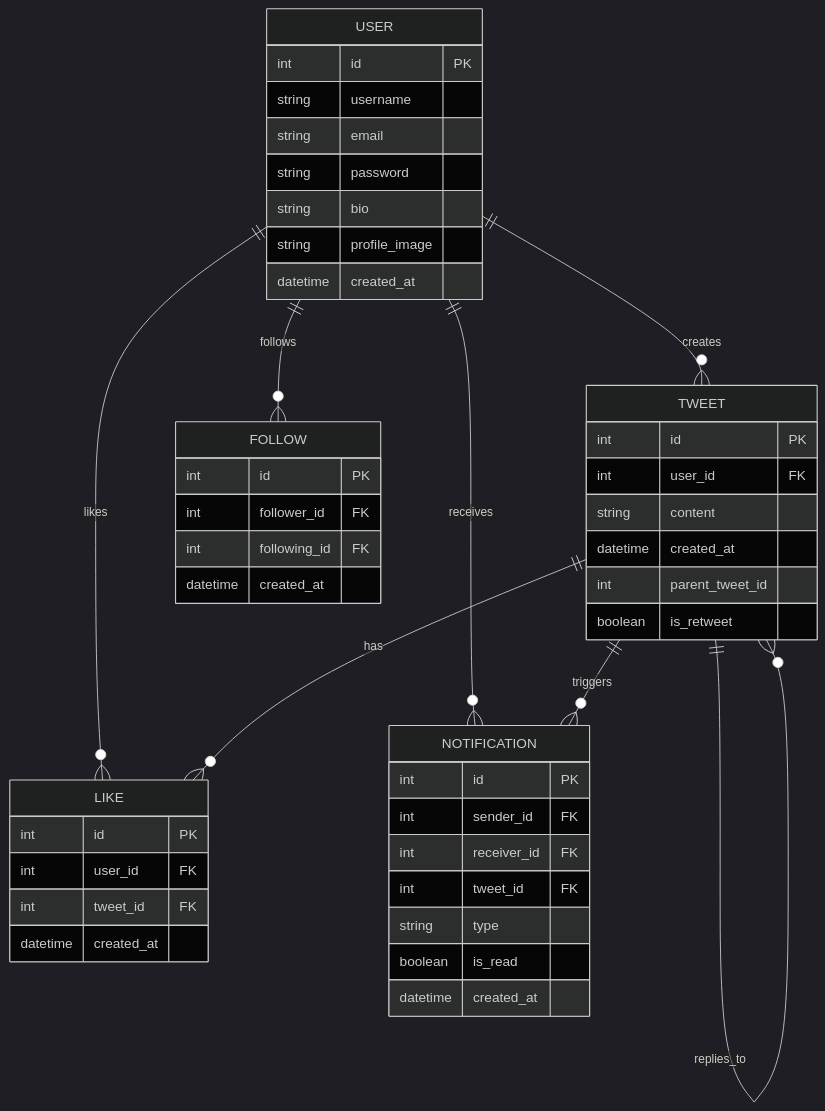
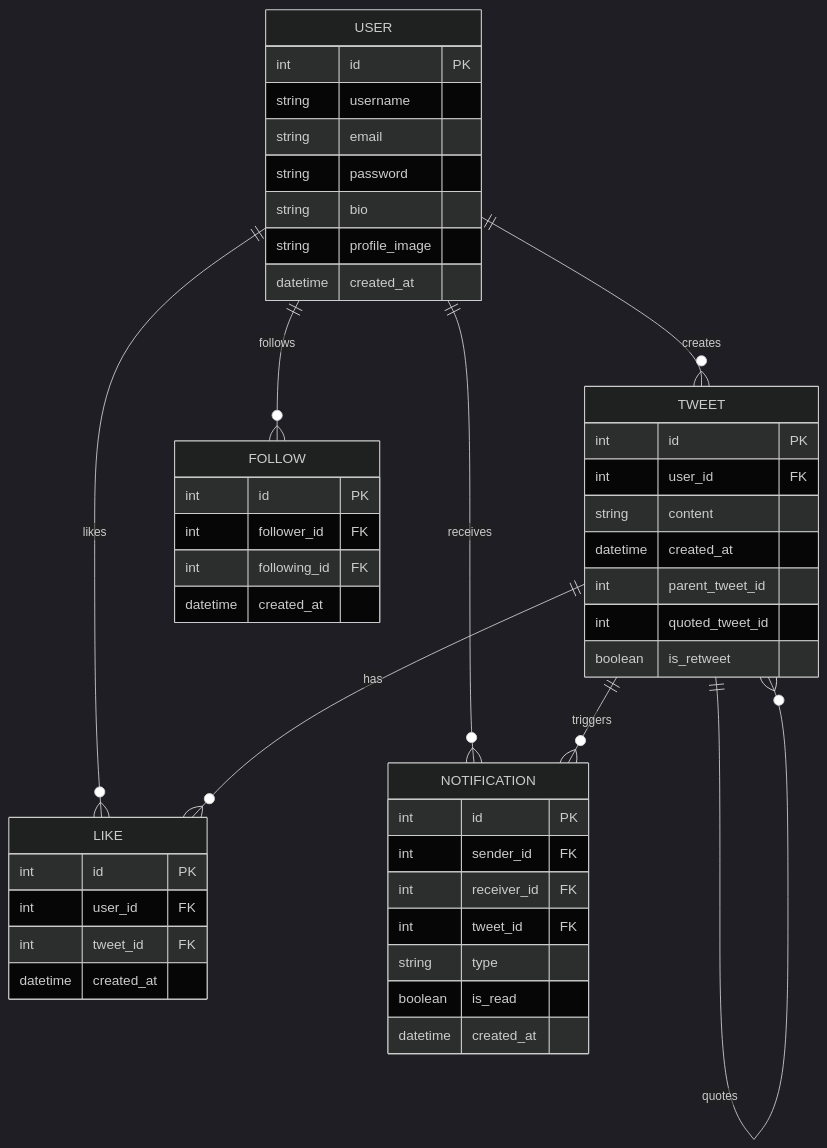
The diagram in ER_diagram.md (Jayesh-121/Project-Requirements), drawn with Mermaid (dark theme) before and after one commit.

Commit message:
Add quoted_tweet_id to TWEET entity in ER diagram

````diff
--- a/ER_diagram.md
+++ b/ER_diagram.md
@@ -1,55 +1,57 @@
 ``` mermaid
 erDiagram
     USER {
         int id PK
         string username
         string email
         string password
         string bio
         string profile_image
         datetime created_at
     }
 
     TWEET {
         int id PK
         int user_id FK
         string content
         datetime created_at
         int parent_tweet_id
+        int quoted_tweet_id
         boolean is_retweet
     }
 
     FOLLOW {
         int id PK
         int follower_id FK
         int following_id FK
         datetime created_at
     }
 
     LIKE {
         int id PK
         int user_id FK
         int tweet_id FK
         datetime created_at
     }
 
     NOTIFICATION {
         int id PK
         int sender_id FK
         int receiver_id FK
         int tweet_id FK
         string type
         boolean is_read
         datetime created_at
     }
 
     USER ||--o{ TWEET : creates
     USER ||--o{ FOLLOW : follows
     USER ||--o{ LIKE : likes
     USER ||--o{ NOTIFICATION : receives
     TWEET ||--o{ LIKE : has
     TWEET ||--o{ NOTIFICATION : triggers
     TWEET ||--o{ TWEET : replies_to
+    TWEET ||--o{ TWEET : quotes
 
 
 ```
````
